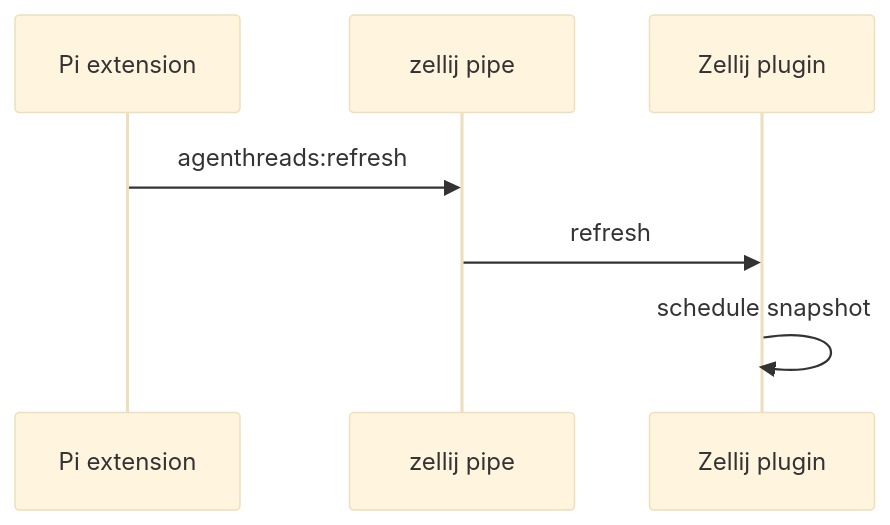
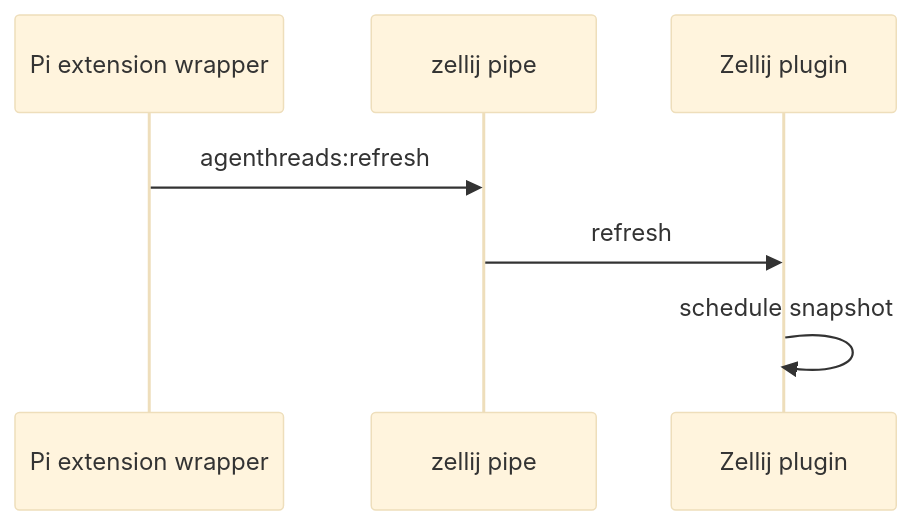
Before and after one commit to zenobi-us/zellij-agent-threads: the fourth of 6 diagrams in apps/docs/content/how-it-works.md, drawn with Mermaid (base theme). The commit also changed other lines of this file and 8 other files, not shown here.

````diff
--- a/apps/docs/content/how-it-works.md
+++ b/apps/docs/content/how-it-works.md
@@ -50,9 +64,9 @@
 ```mermaid
 sequenceDiagram
-  participant Pi as Pi extension
+  participant Extension as Pi extension wrapper
   participant Zellij as zellij pipe
   participant Plugin as Zellij plugin
-  Pi->>Zellij: agenthreads:refresh
+  Extension->>Zellij: agenthreads:refresh
   Zellij->>Plugin: refresh
   Plugin->>Plugin: schedule snapshot
 ```
````
